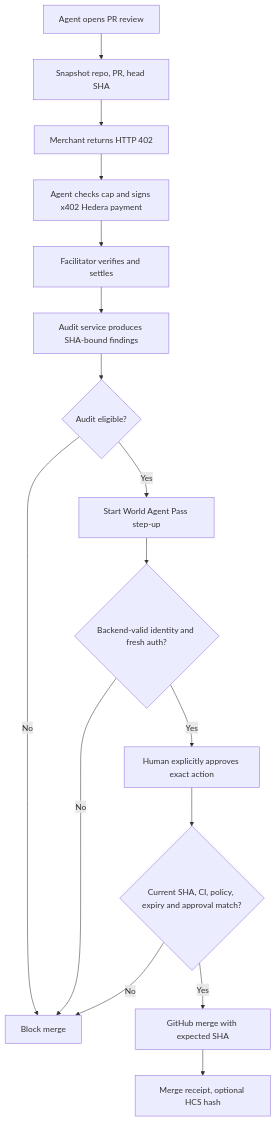
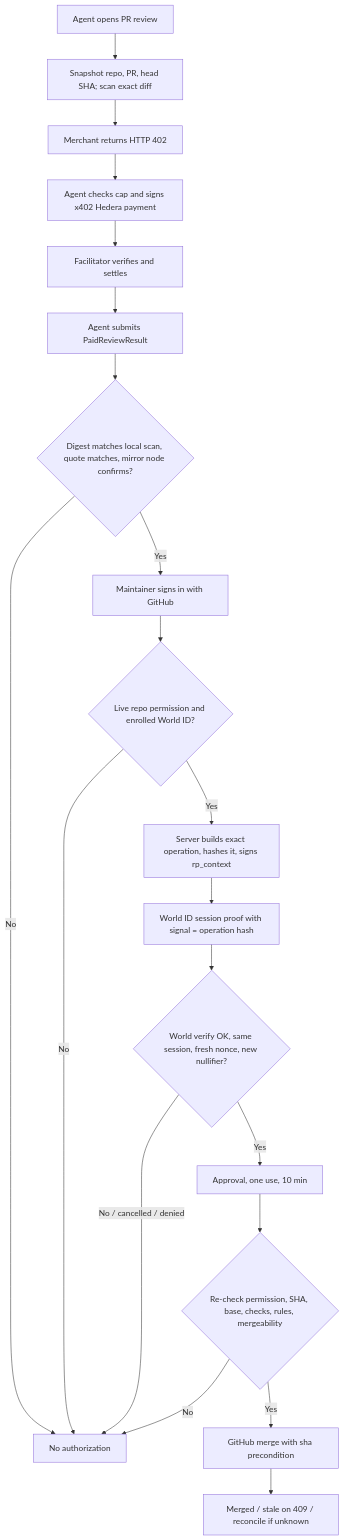
One commit to Hebx/ShipLock changed the diagram in docs/ARCHITECTURE.md. Above: the diagram before and after it, drawn with Mermaid. The commit also changed other lines of this file and 14 other files, not shown here.

````diff
--- a/docs/ARCHITECTURE.md
+++ b/docs/ARCHITECTURE.md
@@ -15,18 +19,22 @@
 ```mermaid
 flowchart TD
-    A[Agent opens PR review] --> B[Snapshot repo, PR, head SHA]
+    A[Agent opens PR review] --> B[Snapshot repo, PR, head SHA; scan exact diff]
     B --> C[Merchant returns HTTP 402]
     C --> D[Agent checks cap and signs x402 Hedera payment]
     D --> E[Facilitator verifies and settles]
-    E --> F[Audit service produces SHA-bound findings]
-    F --> G{Audit eligible?}
-    G -- No --> X[Block merge]
-    G -- Yes --> H[Start World Agent Pass step-up]
-    H --> I{Backend-valid identity and fresh auth?}
+    E --> F[Agent submits PaidReviewResult]
+    F --> G{Digest matches local scan, quote matches, mirror node confirms?}
+    G -- No --> X[No authorization]
+    G -- Yes --> H[Maintainer signs in with GitHub]
+    H --> I{Live repo permission and enrolled World ID?}
     I -- No --> X
-    I -- Yes --> J[Human explicitly approves exact action]
-    J --> K{Current SHA, CI, policy, expiry and approval match?}
-    K -- No --> X
-    K -- Yes --> L[GitHub merge with expected SHA]
-    L --> M[Merge receipt, optional HCS hash]
+    I -- Yes --> J[Server builds exact operation, hashes it, signs rp_context]
+    J --> K[World ID session proof with signal = operation hash]
+    K --> L{World verify OK, same session, fresh nonce, new nullifier?}
+    L -- No / cancelled / denied --> X
+    L -- Yes --> M[Approval, one use, 10 min]
+    M --> N{Re-check permission, SHA, base, checks, rules, mergeability}
+    N -- No --> X
+    N -- Yes --> O[GitHub merge with sha precondition]
+    O --> P[Merged / stale on 409 / reconcile if unknown]
 ```
````
